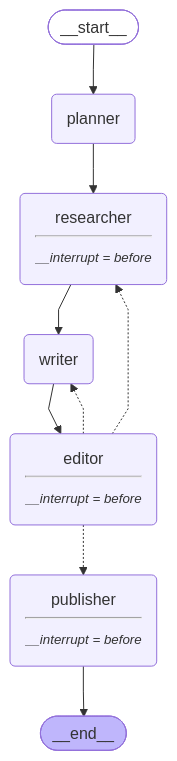
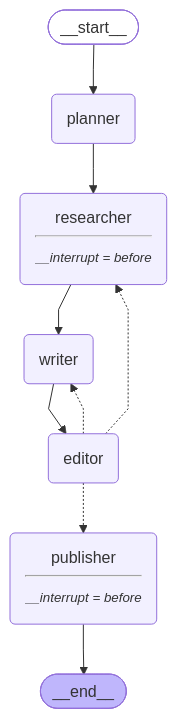
The diagram in graph_diagram.md (ishant721/Langgraph-project-), drawn with Mermaid before and after one commit. The commit also changed 10 other files, not shown here.

````diff
--- a/graph_diagram.md
+++ b/graph_diagram.md
@@ -3,27 +3,27 @@
 ```mermaid
 ---
 config:
   flowchart:
     curve: linear
 ---
 graph TD;
 	__start__([<p>__start__</p>]):::first
 	planner(planner)
 	researcher(researcher<hr/><small><em>__interrupt = before</em></small>)
 	writer(writer)
-	editor(editor<hr/><small><em>__interrupt = before</em></small>)
+	editor(editor)
 	publisher(publisher<hr/><small><em>__interrupt = before</em></small>)
 	__end__([<p>__end__</p>]):::last
 	__start__ --> planner;
 	editor -.-> publisher;
 	editor -.-> researcher;
 	editor -.-> writer;
 	planner --> researcher;
 	researcher --> writer;
 	writer --> editor;
 	publisher --> __end__;
 	classDef default fill:#f2f0ff,line-height:1.2
 	classDef first fill-opacity:0
 	classDef last fill:#bfb6fc
 
 ```
````
